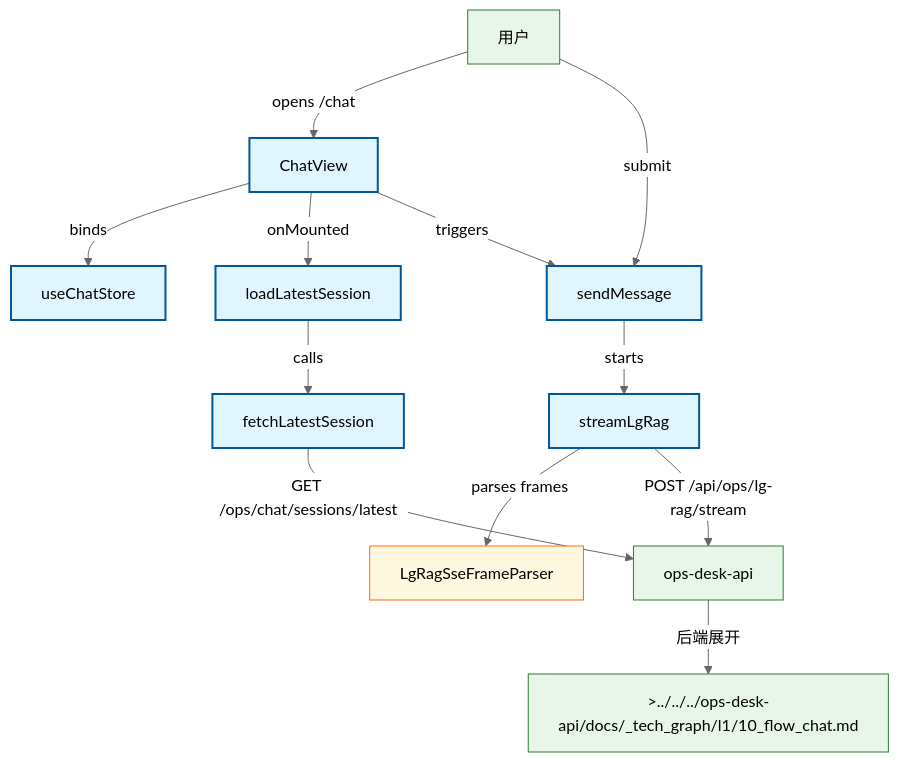
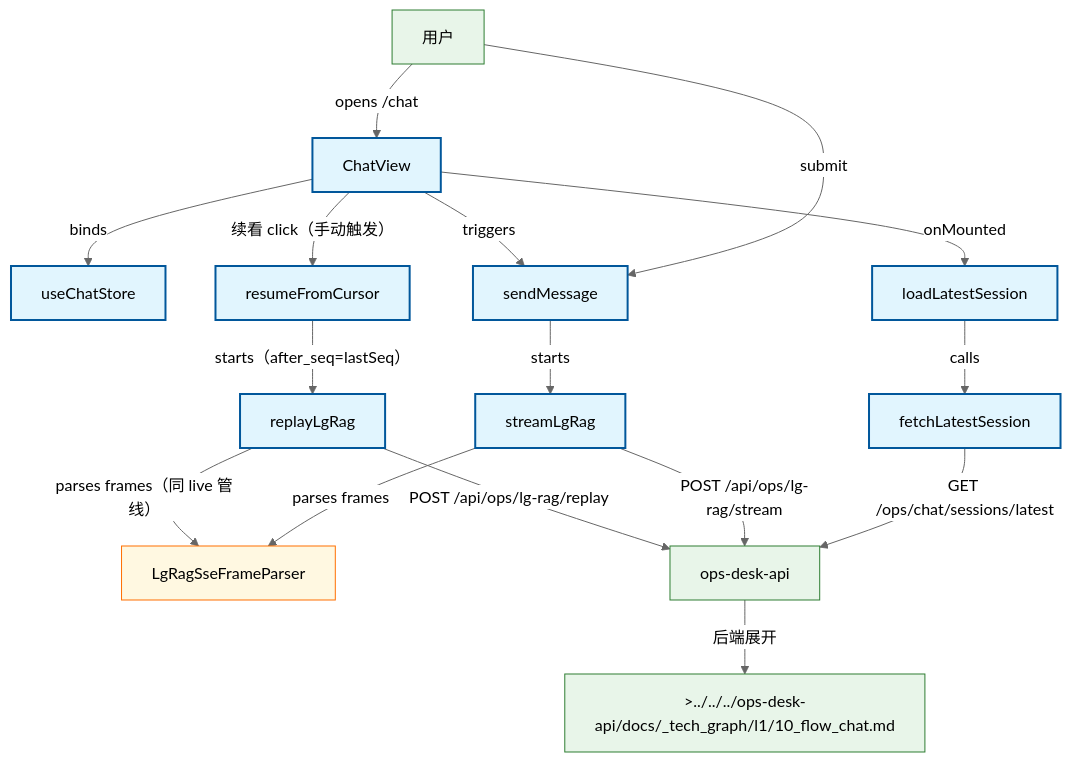
Before and after one commit to Cyning12/ops-desk-web: the diagram in docs/_tech_graph/l1/10_flow_chat.md, drawn with Mermaid (neutral theme). The commit also changed other lines of this file and 7 other files, not shown here.

First line of the commit message:
docs(harness): T4 图谱备注/wiki 短注/task 回填/invoke_30+40（含联调证据）

````diff
--- a/docs/_tech_graph/l1/10_flow_chat.md
+++ b/docs/_tech_graph/l1/10_flow_chat.md
@@ -14,32 +14,38 @@
 ```mermaid
 flowchart TB
     user["用户"]
     chat_view["ChatView"]
     chat_store["useChatStore"]
     load_session["loadLatestSession"]
     send_message["sendMessage"]
     fetch_session_api["fetchLatestSession"]
     stream_sse["streamLgRag"]
+    replay_sse["replayLgRag"]
+    resume_from_cursor["resumeFromCursor"]
     sse_parser["LgRagSseFrameParser"]
     ops_api["ops-desk-api"]
     api_chat_flow[">../../../ops-desk-api/docs/_tech_graph/l1/10_flow_chat.md"]
 
     user -->|"opens /chat"| chat_view
     chat_view -->|"binds"| chat_store
     chat_view -->|"onMounted"| load_session
     load_session -->|"calls"| fetch_session_api
     fetch_session_api -->|"GET /ops/chat/sessions/latest"| ops_api
     user -->|"submit"| send_message
     chat_view -->|"triggers"| send_message
     send_message -->|"starts"| stream_sse
     stream_sse -->|"parses frames"| sse_parser
     stream_sse -->|"POST /api/ops/lg-rag/stream"| ops_api
+    chat_view -->|"续看 click（手动触发）"| resume_from_cursor
+    resume_from_cursor -->|"starts（after_seq=lastSeq）"| replay_sse
+    replay_sse -->|"parses frames（同 live 管线）"| sse_parser
+    replay_sse -->|"POST /api/ops/lg-rag/replay"| ops_api
     ops_api -->|"后端展开"| api_chat_flow
 
     classDef phase fill:#e1f5fe,stroke:#01579b,stroke-width:2px
     classDef doc fill:#fff8e1,stroke:#ff6f00,stroke-width:1px
     classDef infra fill:#e8f5e9,stroke:#2e7d32,stroke-width:1px
-    class chat_view,chat_store,load_session,send_message,fetch_session_api,stream_sse phase
+    class chat_view,chat_store,load_session,send_message,fetch_session_api,stream_sse,replay_sse,resume_from_cursor phase
     class sse_parser doc
     class user,ops_api,api_chat_flow infra
 ```
````
